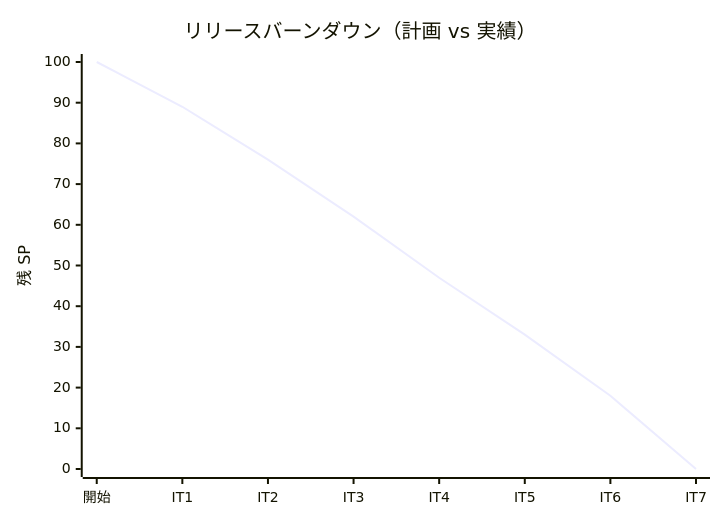
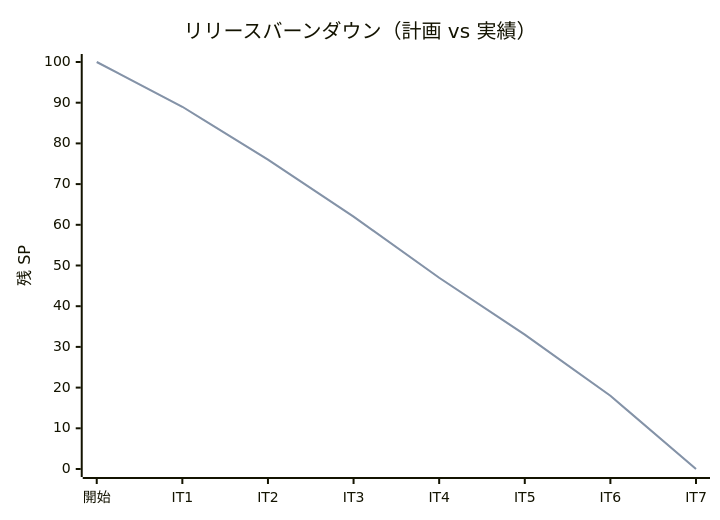
Before and after one commit to k2works/case-study-cargo-tracker: the second of 2 diagrams in docs/development/release_plan.md, drawn with Mermaid. The commit also changed other lines of this file and 1 other file, not shown here.

````diff
--- a/docs/development/release_plan.md
+++ b/docs/development/release_plan.md
@@ -408,7 +412,8 @@
 ```mermaid
 xychart-beta
     title "リリースバーンダウン（計画 vs 実績）"
     x-axis ["開始", "IT1", "IT2", "IT3", "IT4", "IT5", "IT6", "IT7"]
     y-axis "残 SP" 0 --> 100
     line "計画" [100, 89, 76, 62, 47, 33, 18, 0]
+    line "実績" [100, 89, 76, 62, 47, 33, 18, 0]
 ```
````
